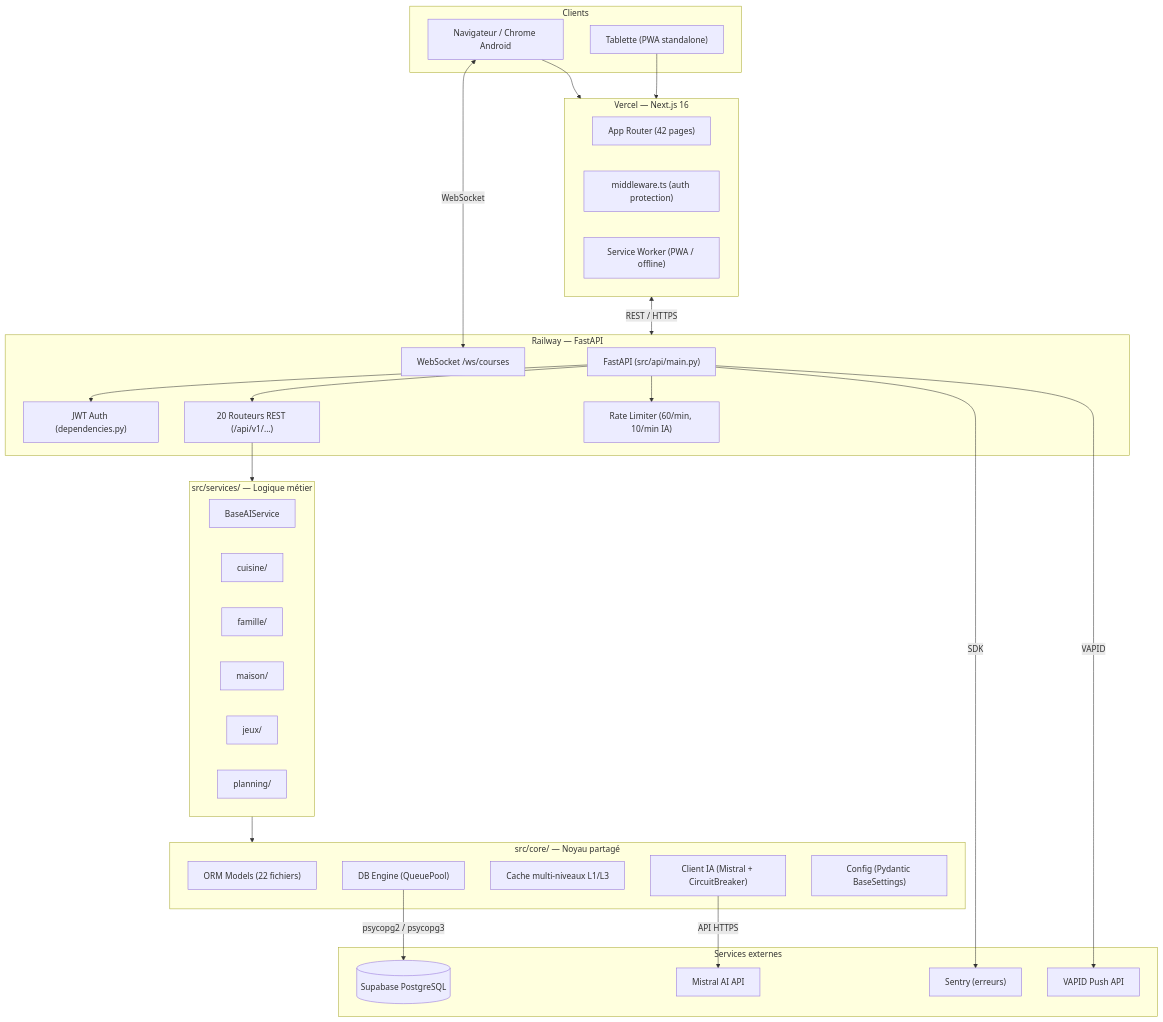
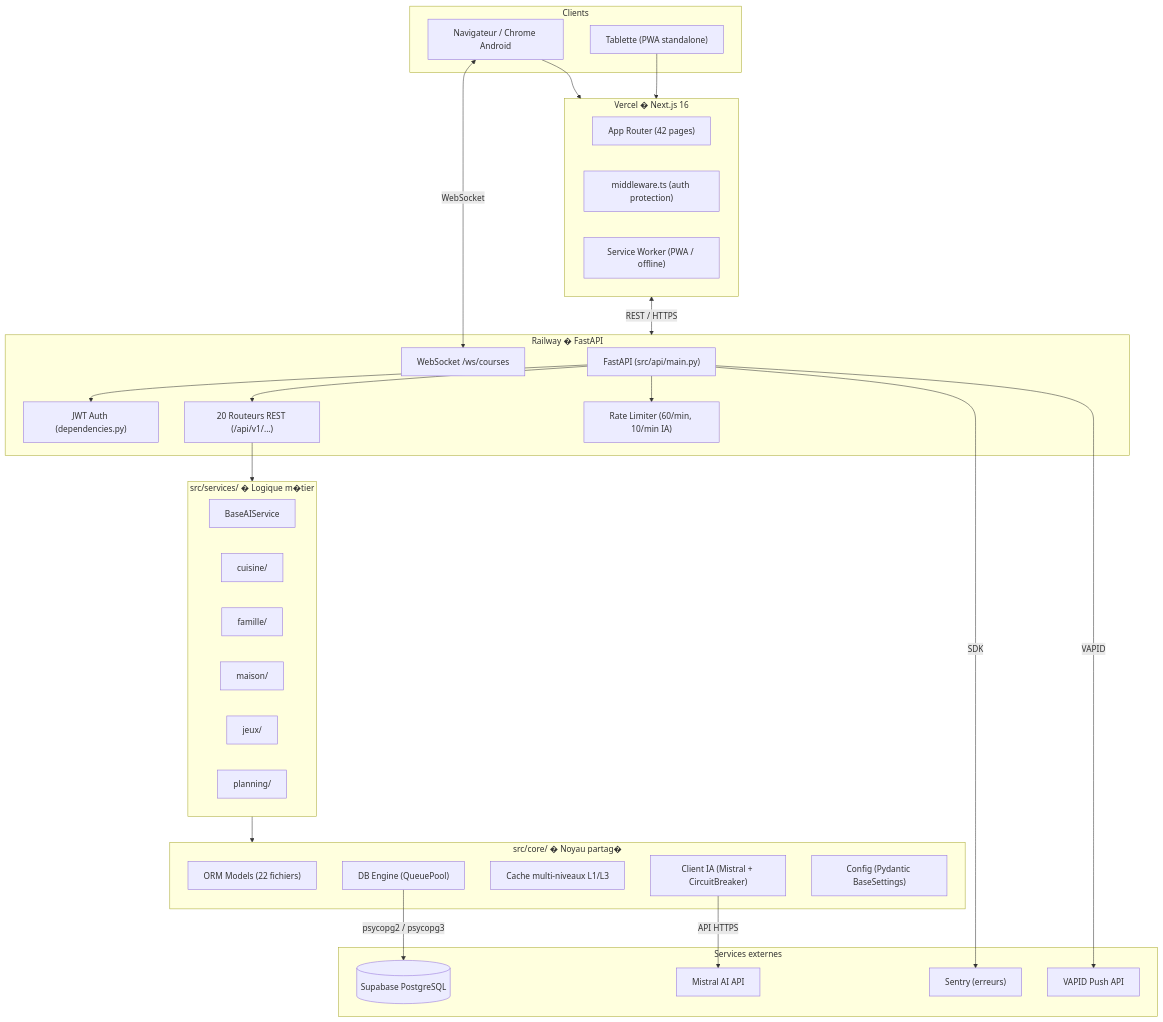
The first of 2 diagrams in docs/ARCHITECTURE.md (Trilian/assistant_matanne), drawn with Mermaid before and after one commit. The commit also changed other lines of this file and 46 other files, not shown here.

````diff
--- a/docs/ARCHITECTURE.md
+++ b/docs/ARCHITECTURE.md
@@ -377,59 +377,59 @@
 ```mermaid
 graph TB
     subgraph Clients
         Browser["Navigateur / Chrome Android"]
         Mobile["Tablette (PWA standalone)"]
     end
 
-    subgraph Vercel["Vercel — Next.js 16"]
+    subgraph Vercel["Vercel � Next.js 16"]
         NextApp["App Router (42 pages)"]
         MW["middleware.ts (auth protection)"]
         SW["Service Worker (PWA / offline)"]
     end
 
-    subgraph Railway["Railway — FastAPI"]
+    subgraph Railway["Railway � FastAPI"]
         API["FastAPI (src/api/main.py)"]
         Auth["JWT Auth (dependencies.py)"]
         Routes["20 Routeurs REST (/api/v1/...)"]
         WS["WebSocket /ws/courses"]
         RL["Rate Limiter (60/min, 10/min IA)"]
     end
 
-    subgraph CoreBackend["src/core/ — Noyau partagé"]
+    subgraph CoreBackend["src/core/ � Noyau partag�"]
         Models["ORM Models (22 fichiers)"]
         DB["DB Engine (QueuePool)"]
         Cache["Cache multi-niveaux L1/L3"]
         AI["Client IA (Mistral + CircuitBreaker)"]
         Config["Config (Pydantic BaseSettings)"]
     end
 
-    subgraph Services["src/services/ — Logique métier"]
+    subgraph Services["src/services/ � Logique m�tier"]
         BaseAI["BaseAIService"]
         Cuisine["cuisine/"]
         Famille["famille/"]
         Maison["maison/"]
         Jeux["jeux/"]
         Planning["planning/"]
     end
 
     subgraph External["Services externes"]
         Supabase[("Supabase PostgreSQL")]
         MistralAI["Mistral AI API"]
         Sentry["Sentry (erreurs)"]
         Push["VAPID Push API"]
     end
 
     Browser --> Vercel
     Mobile --> Vercel
     Vercel <-->|"REST / HTTPS"| Railway
     Browser <-->|"WebSocket"| WS
     API --> Auth
     API --> Routes
     API --> RL
     Routes --> Services
     Services --> CoreBackend
     DB -->|"psycopg2 / psycopg3"| Supabase
     AI -->|"API HTTPS"| MistralAI
     API -->|"SDK"| Sentry
     API -->|"VAPID"| Push
 ```
````
